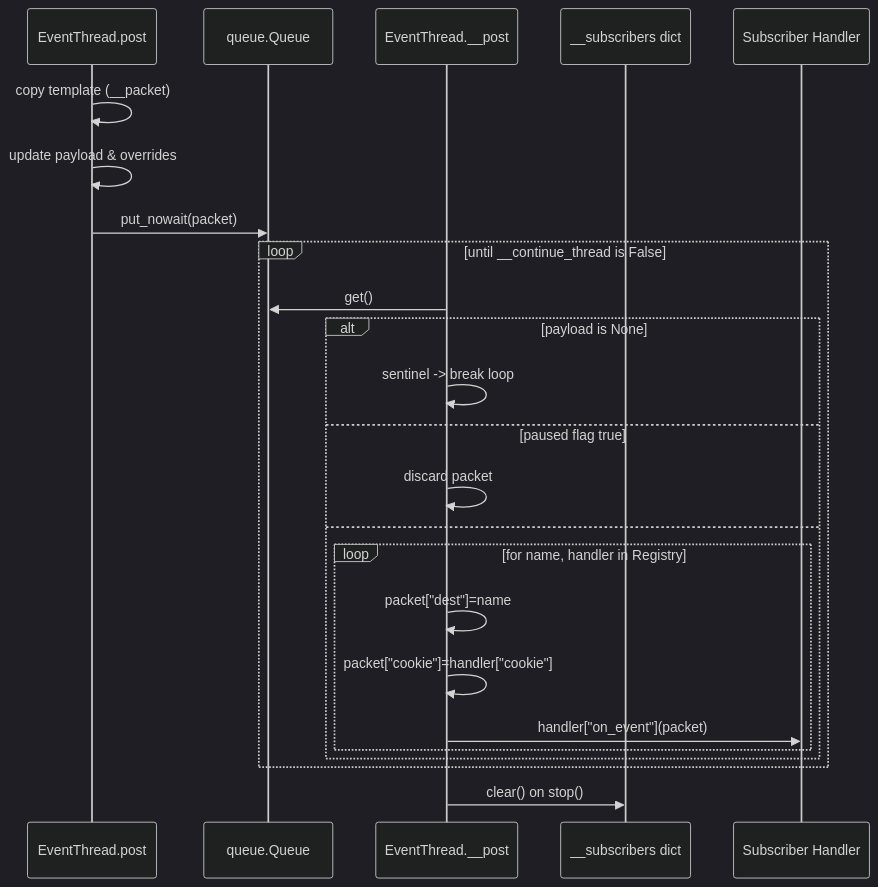
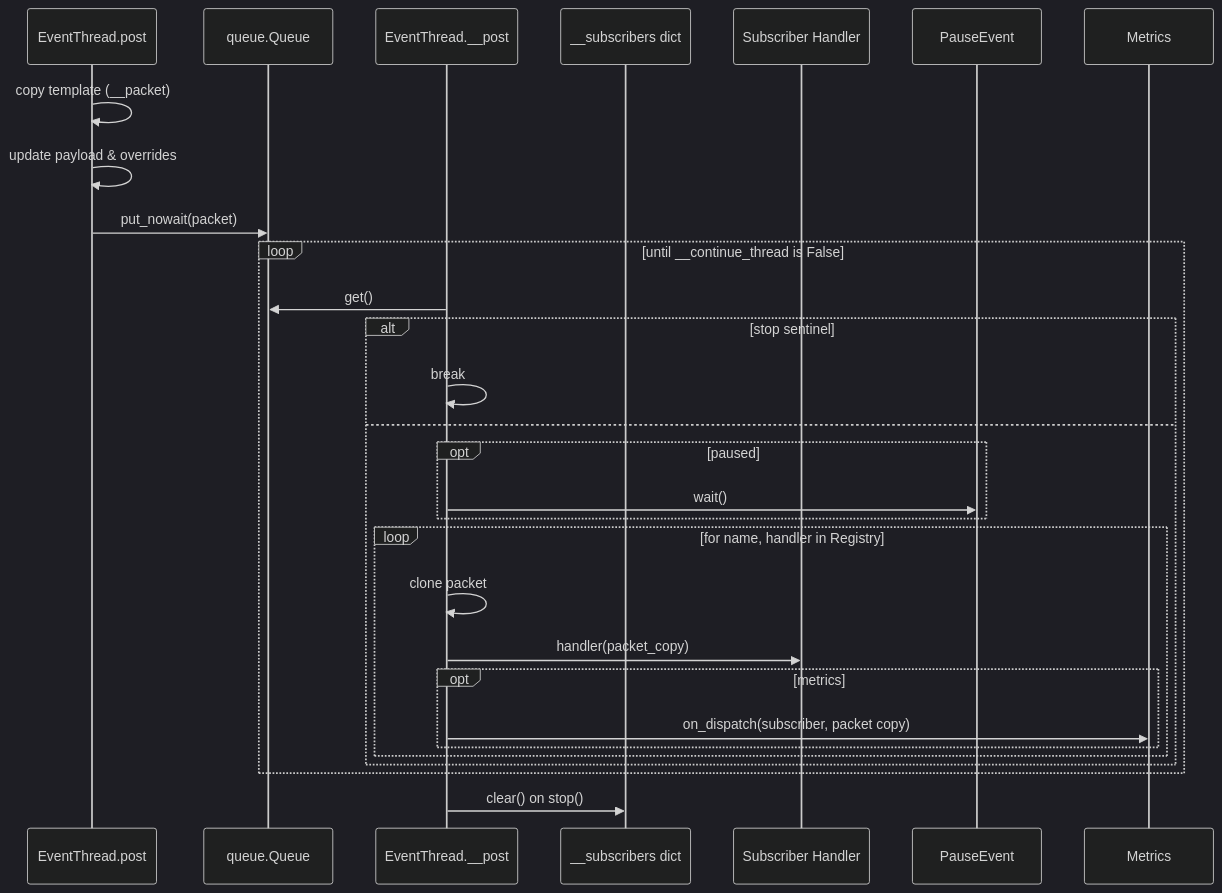
One commit to sandboxzilla/timer_event changed the third of 5 diagrams in docs/low_level_design.md. Above: the diagram before and after it, drawn with Mermaid (dark theme). The commit also changed other lines of this file and 17 other files, not shown here.

````diff
--- a/docs/low_level_design.md
+++ b/docs/low_level_design.md
@@ -57,27 +79,30 @@
 ```mermaid
 sequenceDiagram
     participant Poster as EventThread.post
     participant Queue as queue.Queue
     participant Dispatcher as EventThread.__post
     participant Registry as __subscribers dict
     participant Callback as Subscriber Handler
 
     Poster->>Poster: copy template (__packet)
     Poster->>Poster: update payload & overrides
     Poster->>Queue: put_nowait(packet)
     loop until __continue_thread is False
         Dispatcher->>Queue: get()
-        alt payload is None
-            Dispatcher->>Dispatcher: sentinel -> break loop
-        else paused flag true
-            Dispatcher->>Dispatcher: discard packet
+        alt stop sentinel
+            Dispatcher->>Dispatcher: break
         else
+            opt paused
+                Dispatcher->>PauseEvent: wait()
+            end
             loop for name, handler in Registry
-                Dispatcher->>Dispatcher: packet["dest"]=name
-                Dispatcher->>Dispatcher: packet["cookie"]=handler["cookie"]
-                Dispatcher->>Callback: handler["on_event"](packet)
+                Dispatcher->>Dispatcher: clone packet
+                Dispatcher->>Callback: handler(packet_copy)
+                opt metrics
+                    Dispatcher->>Metrics: on_dispatch(subscriber, packet copy)
+                end
             end
         end
     end
     Dispatcher->>Registry: clear() on stop()
 ```
````
